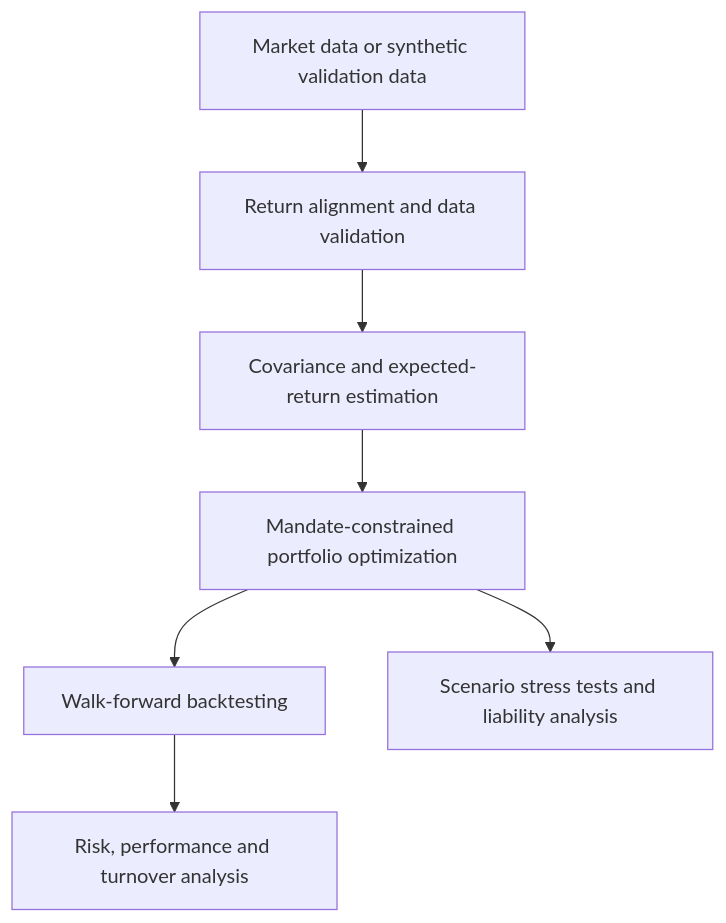
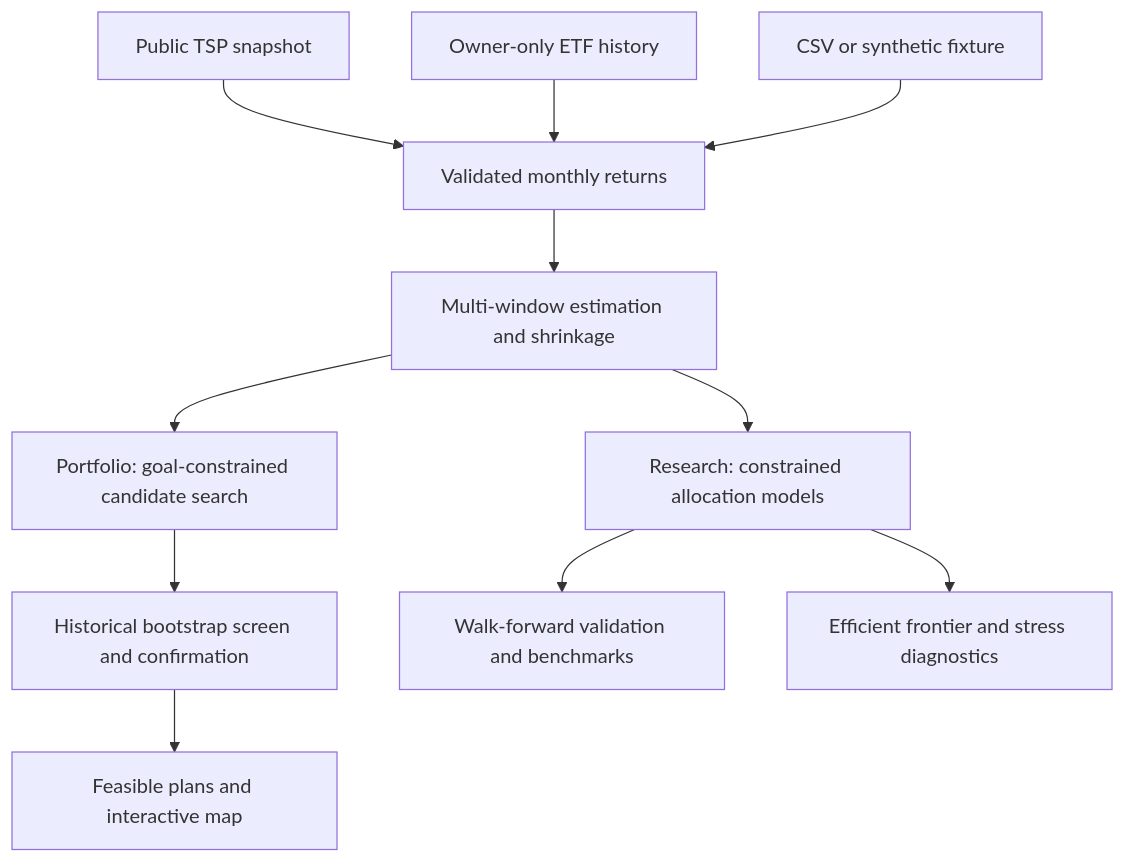
Before and after one commit to Caydenwan/RiskPath-A-Portfolio-Forecasting-Engine: the diagram in README.md, drawn with Mermaid. The commit also changed other lines of this file and 10 other files, not shown here.

First line of the commit message:
Showcase RiskPath portfolio and quantitative research workspaces

````diff
--- a/README.md
+++ b/README.md
@@ -16,9 +95,13 @@
 ```mermaid
 flowchart TD
-    A[Market data or synthetic validation data] --> B[Return alignment and data validation]
-    B --> C[Covariance and expected-return estimation]
-    C --> D[Mandate-constrained portfolio optimization]
-    D --> E[Walk-forward backtesting]
-    E --> F[Risk, performance and turnover analysis]
-    D --> G[Scenario stress tests and liability analysis]
+    A[Public TSP snapshot] --> D[Validated monthly returns]
+    B[Owner-only ETF history] --> D
+    C[CSV or synthetic fixture] --> D
+    D --> E[Multi-window estimation and shrinkage]
+    E --> F[Portfolio: goal-constrained candidate search]
+    E --> G[Research: constrained allocation models]
+    F --> H[Historical bootstrap screen and confirmation]
+    H --> I[Feasible plans and interactive map]
+    G --> J[Walk-forward validation and benchmarks]
+    G --> K[Efficient frontier and stress diagnostics]
 ```
````
